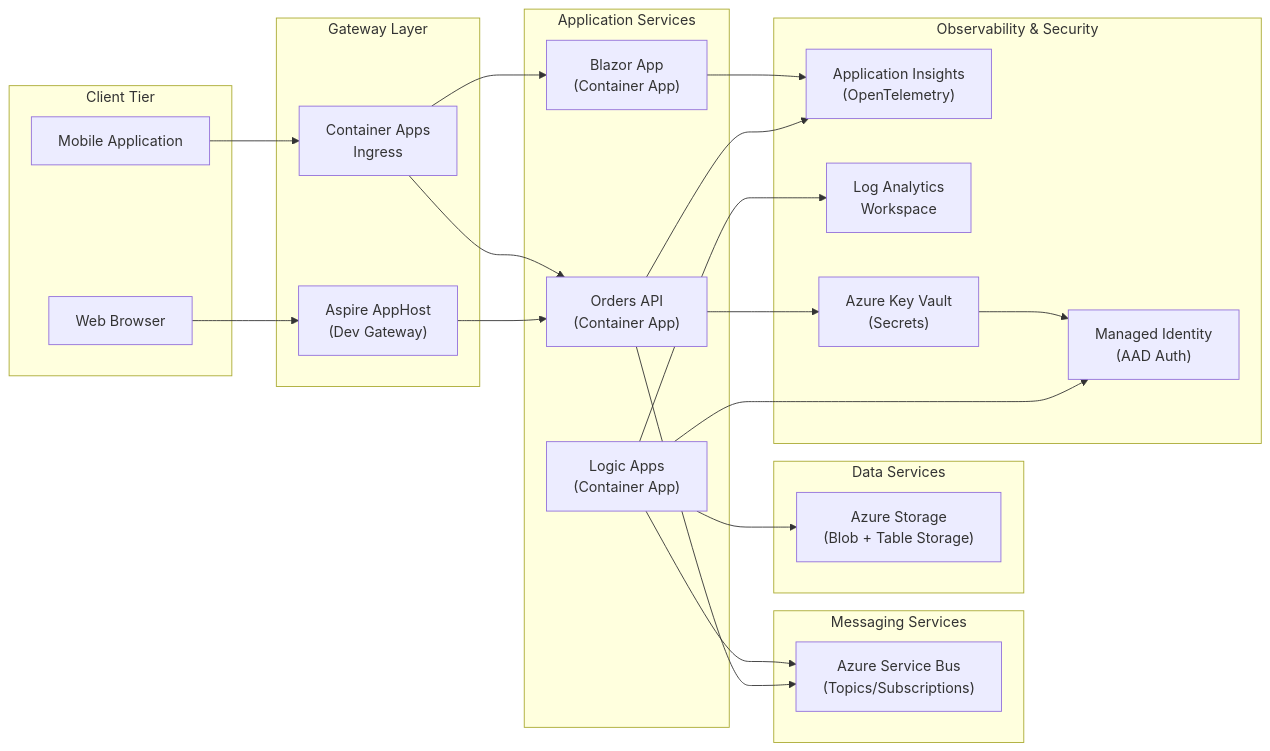
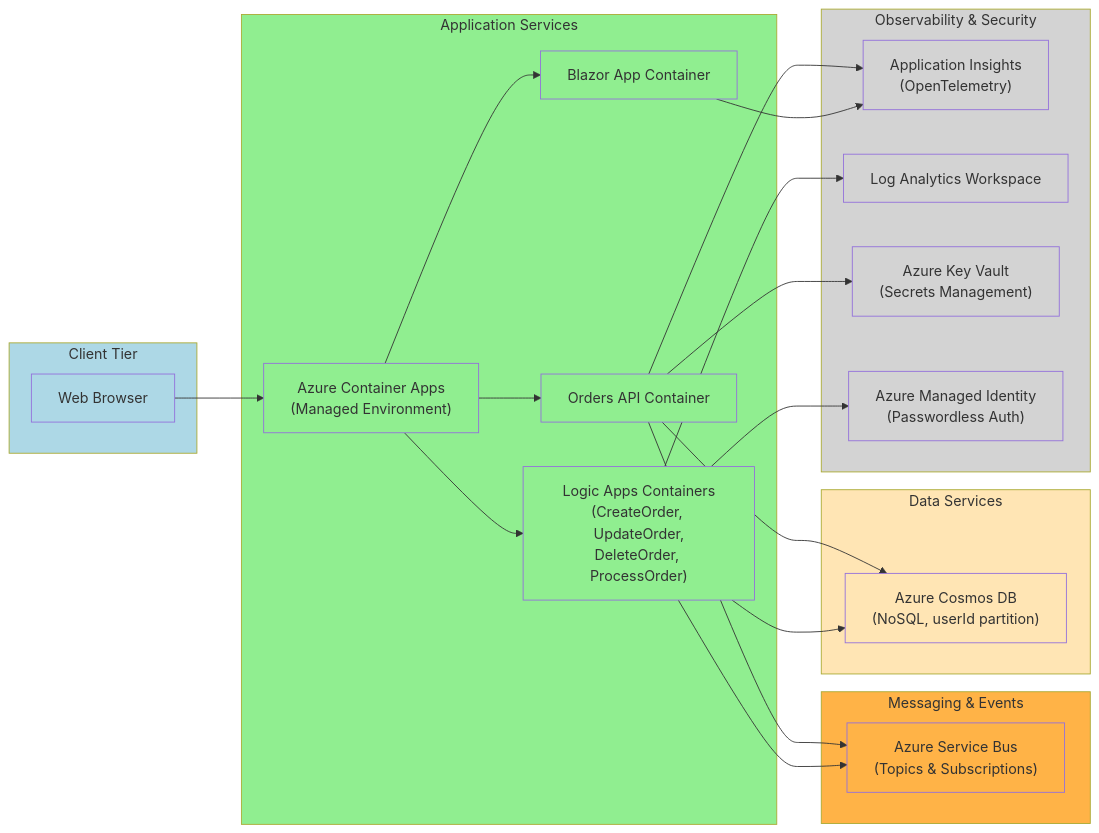
The ninth of 12 diagrams in README.md (Evilazaro/Azure-LogicApps-Monitoring), drawn with Mermaid before and after one commit. The commit also changed other lines of this file, not shown here.

Commit message:
refactor: update flowcharts in README.md for improved clarity and consistency

````diff
--- a/README.md
+++ b/README.md
@@ -548,52 +623,64 @@
 ```mermaid
 flowchart LR
     subgraph Clients["Client Tier"]
         Browser["Web Browser"]
-        MobileApp["Mobile Application"]
-    end
-    
-    subgraph Gateway["Gateway Layer"]
-        AspireHost["Aspire AppHost<br/>(Dev Gateway)"]
-        ContainerAppsIngress["Container Apps<br/>Ingress"]
     end
     
     subgraph ApplicationServices["Application Services"]
-        OrdersAPIContainer["Orders API<br/>(Container App)"]
-        BlazorAppContainer["Blazor App<br/>(Container App)"]
-        LogicAppsContainer["Logic Apps<br/>(Container App)"]
+        ContainerApps["Azure Container Apps<br/>(Managed Environment)"]
+        OrdersAPIContainer["Orders API Container"]
+        BlazorAppContainer["Blazor App Container"]
+        LogicAppsContainers["Logic Apps Containers<br/>(CreateOrder, UpdateOrder,<br/>DeleteOrder, ProcessOrder)"]
     end
     
-    subgraph MessagingServices["Messaging Services"]
-        ServiceBus["Azure Service Bus<br/>(Topics/Subscriptions)"]
+    subgraph MessagingServices["Messaging & Events"]
+        ServiceBus["Azure Service Bus<br/>(Topics & Subscriptions)"]
     end
     
     subgraph DataServices["Data Services"]
-        StorageAccount["Azure Storage<br/>(Blob + Table Storage)"]
+        CosmosDB["Azure Cosmos DB<br/>(NoSQL, userId partition)"]
     end
     
     subgraph ObservabilityServices["Observability & Security"]
         AppInsights["Application Insights<br/>(OpenTelemetry)"]
-        LogAnalytics["Log Analytics<br/>Workspace"]
-        KeyVault["Azure Key Vault<br/>(Secrets)"]
-        ManagedIdentity["Managed Identity<br/>(AAD Auth)"]
+        LogAnalytics["Log Analytics Workspace"]
+        KeyVault["Azure Key Vault<br/>(Secrets Management)"]
+        ManagedIdentity["Azure Managed Identity<br/>(Passwordless Auth)"]
     end
     
-    Browser --> AspireHost
-    MobileApp --> ContainerAppsIngress
-    AspireHost --> OrdersAPIContainer
-    ContainerAppsIngress --> OrdersAPIContainer
-    ContainerAppsIngress --> BlazorAppContainer
+    Browser --> ContainerApps
+    
+    ContainerApps --> OrdersAPIContainer
+    ContainerApps --> BlazorAppContainer
+    ContainerApps --> LogicAppsContainers
     
     OrdersAPIContainer --> ServiceBus
-    LogicAppsContainer --> ServiceBus
+    LogicAppsContainers --> ServiceBus
     
-    LogicAppsContainer --> StorageAccount
+    OrdersAPIContainer --> CosmosDB
+    LogicAppsContainers --> CosmosDB
     
     OrdersAPIContainer --> AppInsights
     BlazorAppContainer --> AppInsights
-    LogicAppsContainer --> LogAnalytics
+    LogicAppsContainers --> LogAnalytics
     
     OrdersAPIContainer --> KeyVault
-    LogicAppsContainer --> ManagedIdentity
-    KeyVault --> ManagedIdentity
+    LogicAppsContainers --> ManagedIdentity
+    
+    style Clients fill:#ADD8E6
+    style ApplicationServices fill:#90EE90
+    style MessagingServices fill:#FFB347
+    style DataServices fill:#FFE5B4
+    style ObservabilityServices fill:#D3D3D3
+    style Browser fill:#ADD8E6
+    style ContainerApps fill:#90EE90
+    style OrdersAPIContainer fill:#90EE90
+    style BlazorAppContainer fill:#90EE90
+    style LogicAppsContainers fill:#90EE90
+    style ServiceBus fill:#FFB347
+    style CosmosDB fill:#FFE5B4
+    style AppInsights fill:#D3D3D3
+    style LogAnalytics fill:#D3D3D3
+    style KeyVault fill:#D3D3D3
+    style ManagedIdentity fill:#D3D3D3
 ```
````
